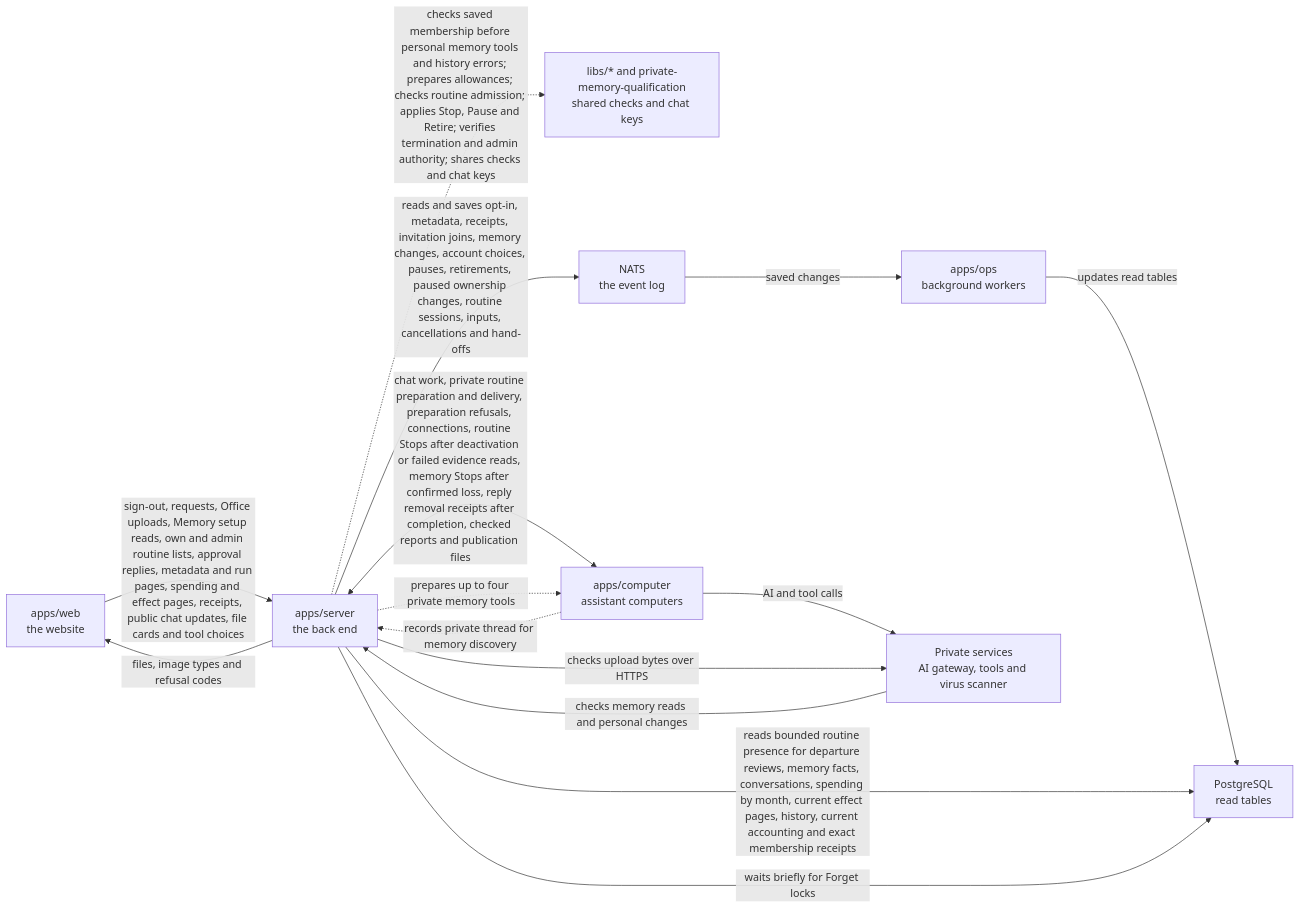
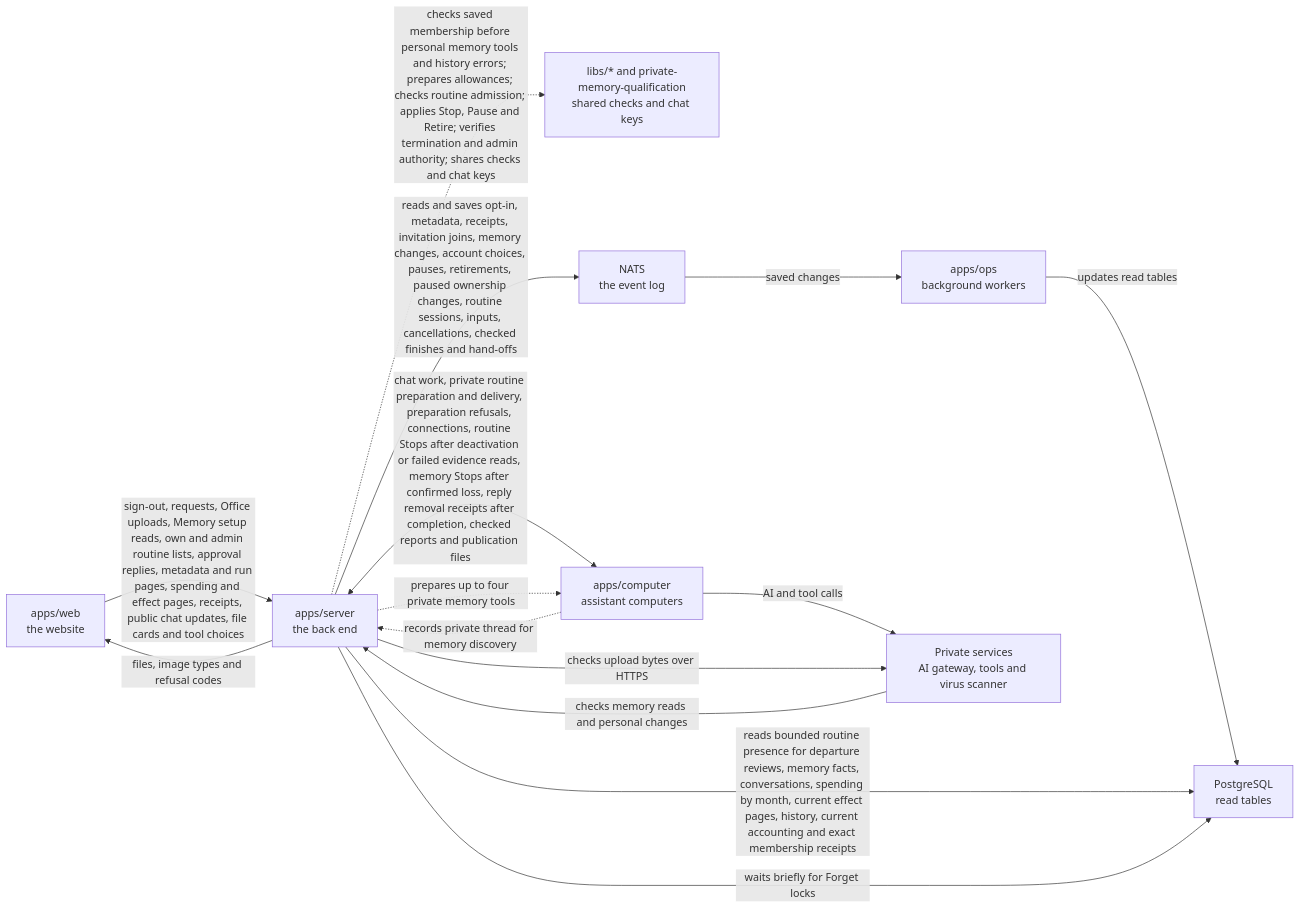
One commit to elewa-git/opencrane-new changed the diagram in apps/server/README.md. Above: the diagram before and after it, drawn with Mermaid. The commit also changed other lines of this file and 17 other files, not shown here.

````diff
--- a/apps/server/README.md
+++ b/apps/server/README.md
@@ -179,17 +182,17 @@
 ```mermaid
 flowchart LR
   web["apps/web<br/>the website"] -->|sign-out, requests, Office uploads, Memory setup reads, own and admin routine lists, approval replies, metadata and run pages, spending and effect pages, receipts, public chat updates, file cards and tool choices| server["apps/server<br/>the back end"]
   server -.->|checks saved membership before personal memory tools and history errors; prepares allowances; checks routine admission; applies Stop, Pause and Retire; verifies termination and admin authority; shares checks and chat keys| libs["libs/* and private-memory-qualification<br/>shared checks and chat keys"]
-  server -->|reads and saves opt-in, metadata, receipts, invitation joins, memory changes, account choices, pauses, retirements, paused ownership changes, routine sessions, inputs, cancellations and hand-offs| nats["NATS<br/>the event log"]
+  server -->|reads and saves opt-in, metadata, receipts, invitation joins, memory changes, account choices, pauses, retirements, paused ownership changes, routine sessions, inputs, cancellations, checked finishes and hand-offs| nats["NATS<br/>the event log"]
   nats -->|saved changes| ops["apps/ops<br/>background workers"]
   ops -->|updates read tables| postgres["PostgreSQL<br/>read tables"]
   server -->|reads bounded routine presence for departure reviews, memory facts, conversations, spending by month, current effect pages, history, current accounting and exact membership receipts| postgres
   server -->|waits briefly for Forget locks| postgres
   server <-->|chat work, private routine preparation and delivery, preparation refusals, connections, routine Stops after deactivation or failed evidence reads, memory Stops after confirmed loss, reply removal receipts after completion, checked reports and publication files| computer["apps/computer<br/>assistant computers"]
   computer -.->|records private thread for memory discovery| server
   server -.->|prepares up to four private memory tools| computer
   computer -->|AI and tool calls| runtime["Private services<br/>AI gateway, tools and virus scanner"]
   server -->|files, image types and refusal codes| web
   server -->|checks upload bytes over HTTPS| runtime
   runtime -->|checks memory reads and personal changes| server
 ```
````
